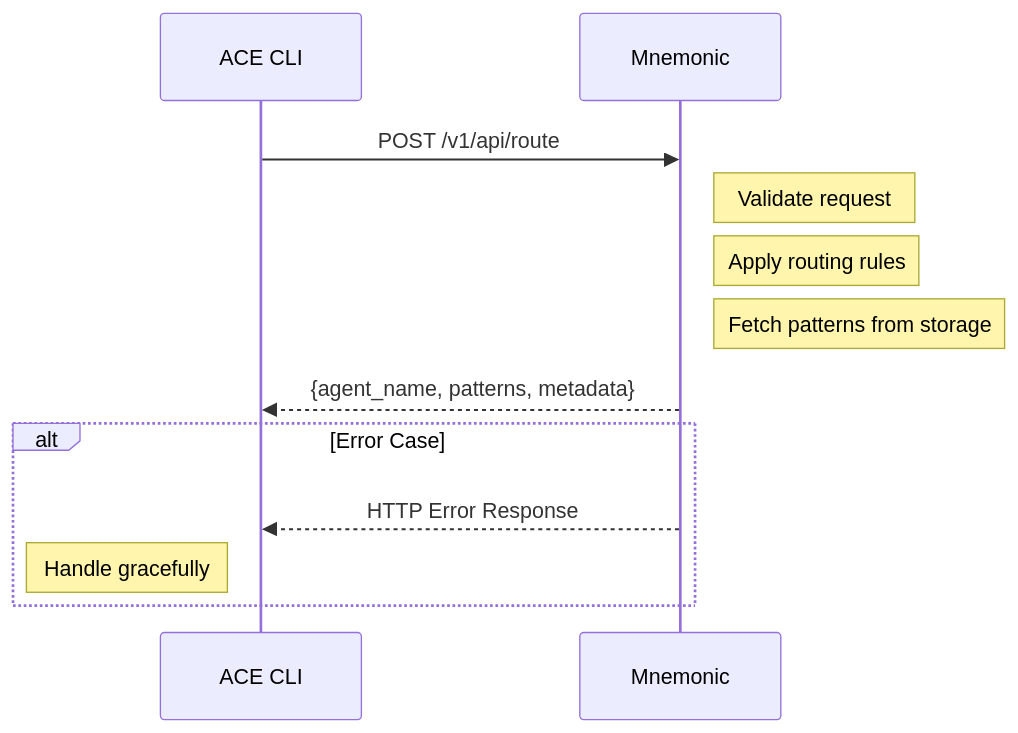
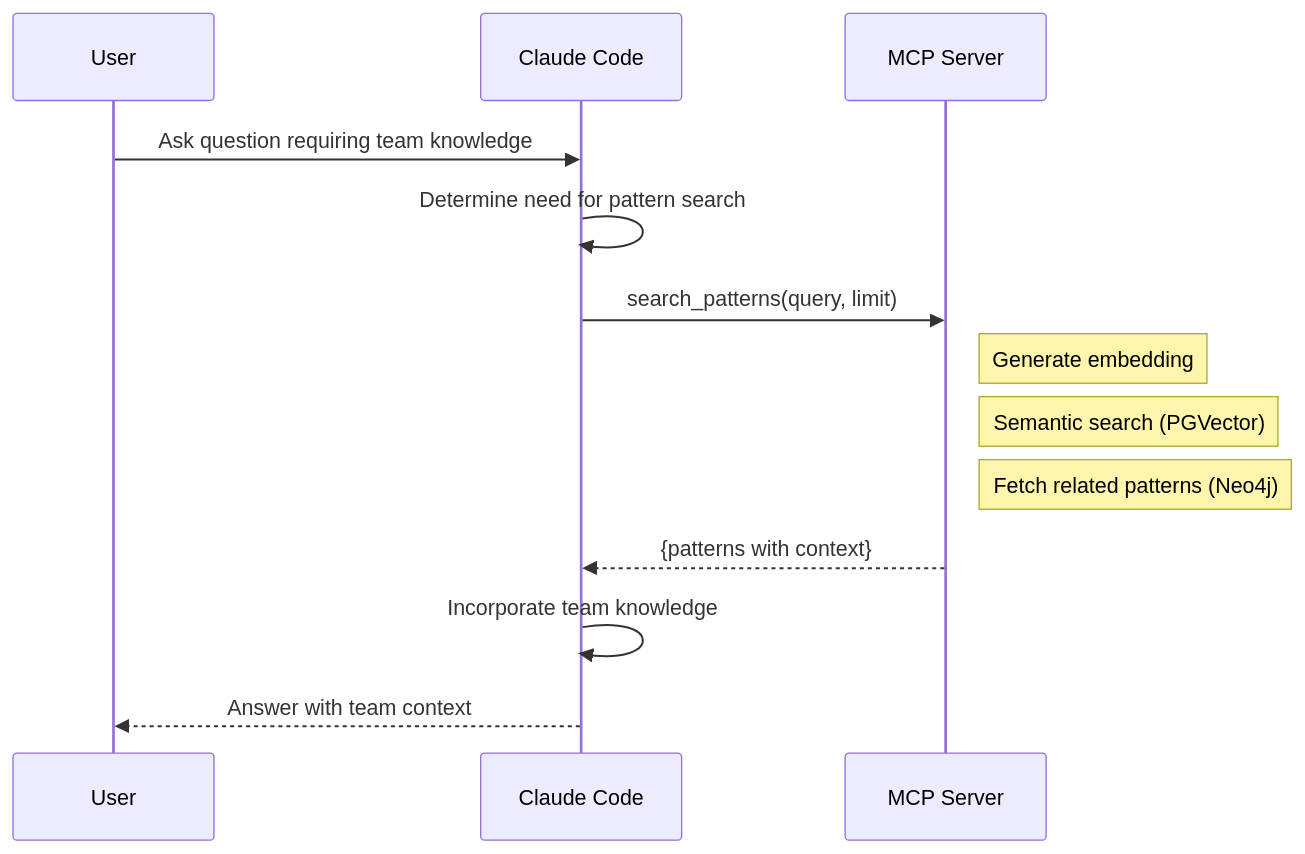
Before and after one commit to twistingmercury/mnemonic-mcp: the second of 5 diagrams in docs/architecture/04-communication-patterns.md, drawn with Mermaid. The commit also changed other lines of this file and 63 other files, not shown here.

````diff
--- a/docs/architecture/04-communication-patterns.md
+++ b/docs/architecture/04-communication-patterns.md
@@ -52,16 +67,18 @@
 ```mermaid
 sequenceDiagram
-    participant CLI as ACE CLI
-    participant MN as Mnemonic
+    participant User
+    participant CC as Claude Code
+    participant MCP as MCP Server
 
-    CLI->>MN: POST /v1/api/route
-    Note right of MN: Validate request
-    Note right of MN: Apply routing rules
-    Note right of MN: Fetch patterns from storage
-    MN-->>CLI: {agent_name, patterns, metadata}
+    User->>CC: Ask question requiring team knowledge
+    CC->>CC: Determine need for pattern search
 
-    alt Error Case
-        MN-->>CLI: HTTP Error Response
-        Note left of CLI: Handle gracefully
-    end
+    CC->>MCP: search_patterns(query, limit)
+    Note right of MCP: Generate embedding
+    Note right of MCP: Semantic search (PGVector)
+    Note right of MCP: Fetch related patterns (Neo4j)
+    MCP-->>CC: {patterns with context}
+
+    CC->>CC: Incorporate team knowledge
+    CC-->>User: Answer with team context
 ```
````
